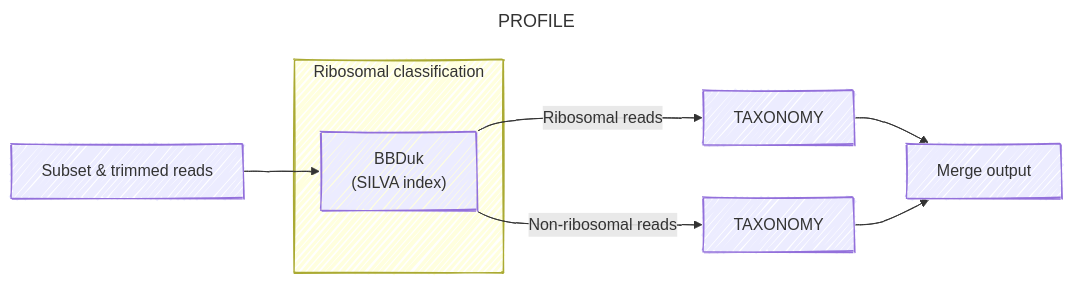
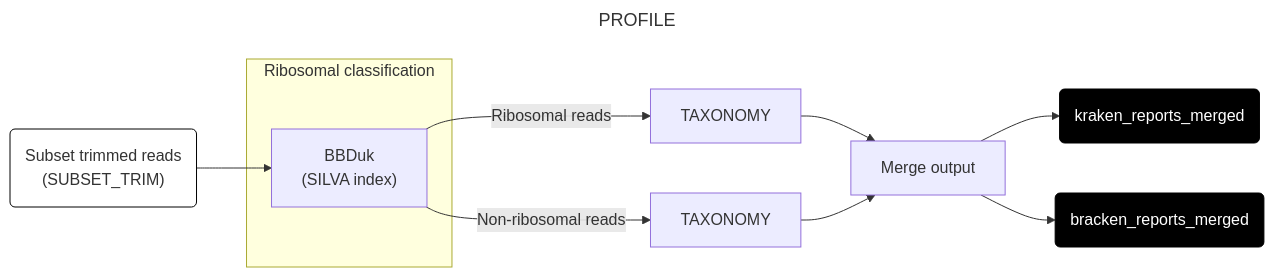
Before and after one commit to naobservatory/mgs-workflow: the sixth of 8 diagrams in docs/run.md, drawn with Mermaid. The commit also changed other lines of this file, not shown here.

````diff
--- a/docs/run.md
+++ b/docs/run.md
@@ -131,18 +215,21 @@
 ```mermaid
 ---
 title: PROFILE
 config:
   layout: horizontal
-  look: handDrawn
-  theme: default
 ---
 flowchart LR
-A[Subset & trimmed reads] --> B["BBDuk <br> (SILVA index)"]
+A("Subset trimmed reads <br> (SUBSET_TRIM)") --> B["BBDuk <br> (SILVA index)"]
 B --> |Ribosomal reads| C[TAXONOMY]
 B --> |Non-ribosomal reads| D[TAXONOMY]
 C --> E[Merge output]
 D --> E
+E --> F(kraken_reports_merged)
+E --> G(bracken_reports_merged)
 subgraph "Ribosomal classification"
 B
 end
+style A fill:#fff,stroke:#000
+style F fill:#000,color:#fff,stroke:#000
+style G fill:#000,color:#fff,stroke:#000
 ```
````
